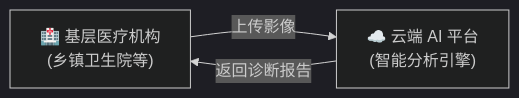
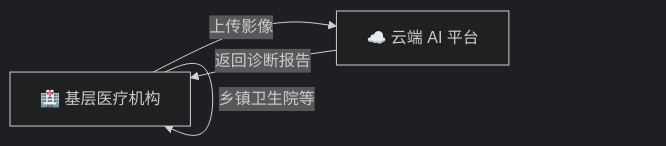
One commit to xingranya/CervixDetectAI changed the first of 7 diagrams in README.md. Above: the diagram before and after it, drawn with Mermaid (dark theme). The commit also changed other lines of this file and 35 other files, not shown here.

First line of the commit message:
docs(readme): 优化并统一项目文档中的流程图与说明

````diff
--- a/README.md
+++ b/README.md
@@ -57,5 +57,6 @@
 ```mermaid
 flowchart LR
-    A["🏥 基层医疗机构<br/>(乡镇卫生院等)"] --"上传影像"--> B["☁️ 云端 AI 平台<br/>(智能分析引擎)"]
+    A["🏥 基层医疗机构"] --"上传影像"--> B["☁️ 云端 AI 平台"]
     B -->|"返回诊断报告"| A
+    A -->|"乡镇卫生院等"| A
 ```
````
